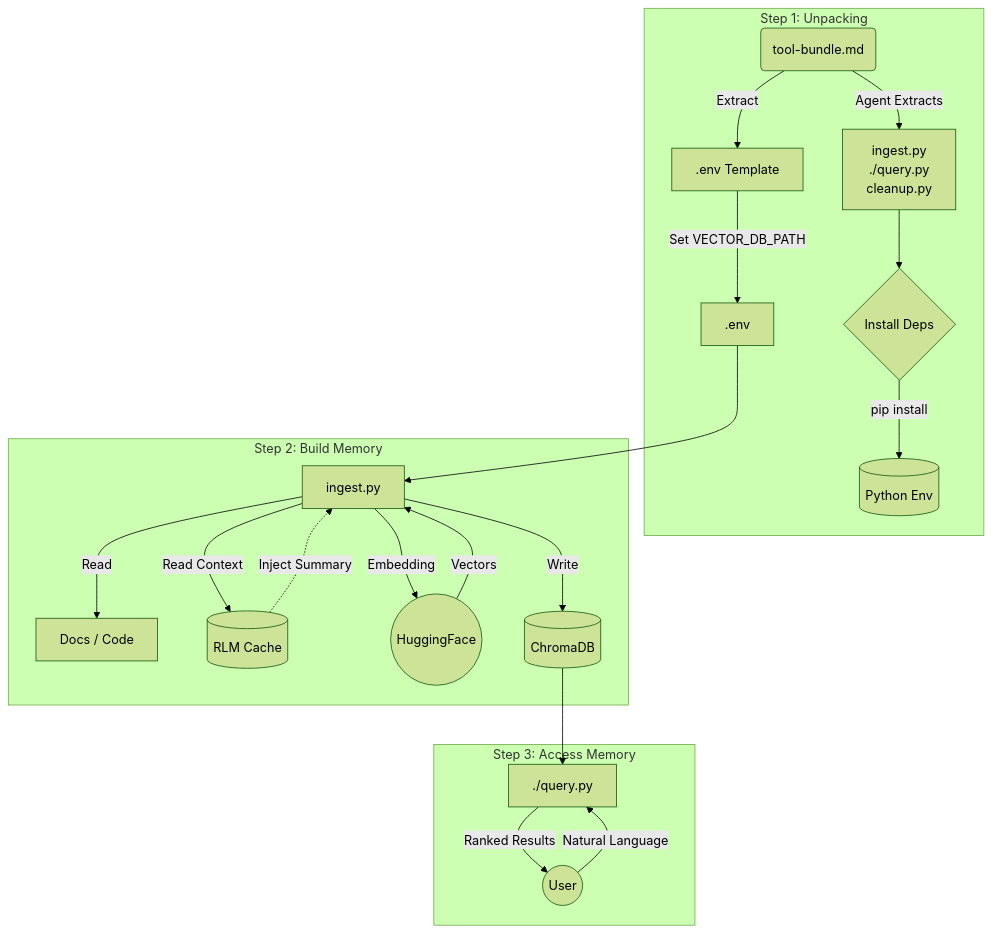
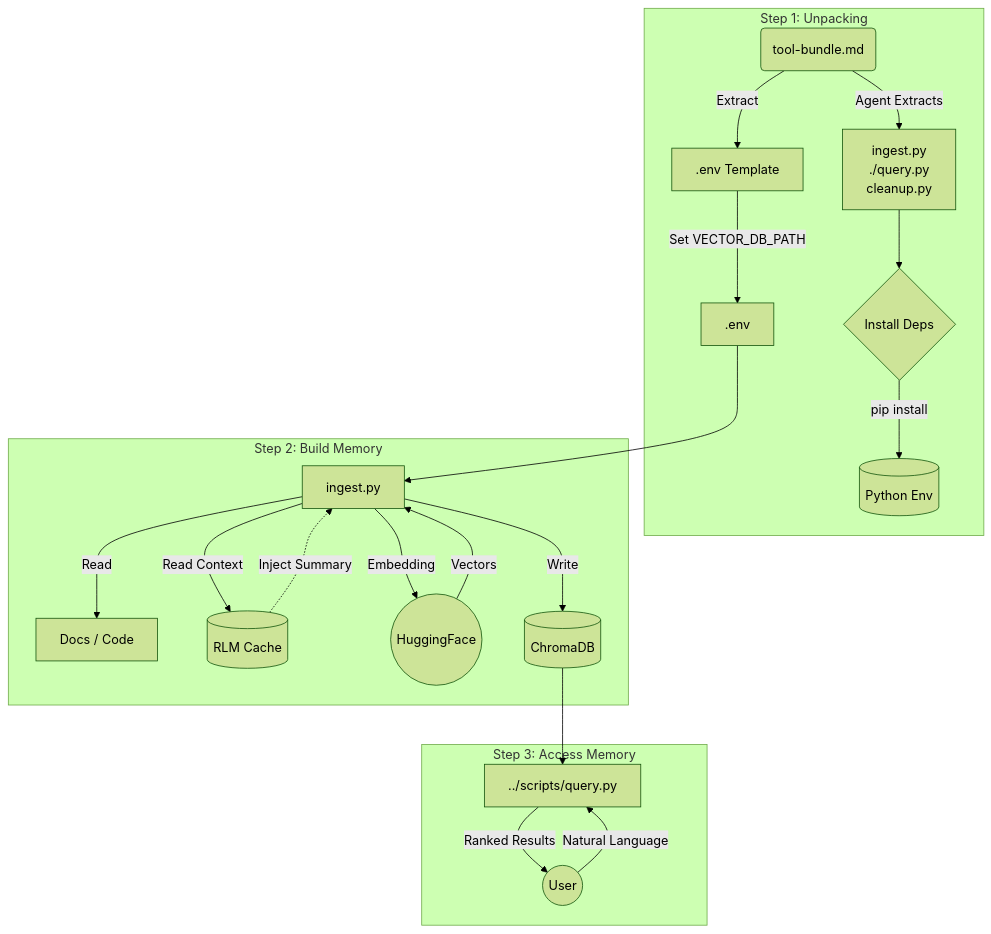
One commit to richfrem/agent-plugins-skills changed the diagram in plugins/vector-db/skills/vector-db-search/references/logic.mmd. Above: the diagram before and after it, drawn with Mermaid (forest theme). The commit also changed 89 other files, not shown here.

```diff
--- a/plugins/vector-db/skills/vector-db-search/references/logic.mmd
+++ b/plugins/vector-db/skills/vector-db-search/references/logic.mmd
@@ -1,25 +1,25 @@
 flowchart TD
     subgraph Initialization [Step 1: Unpacking]
         Bundle(tool-bundle.md) -- Agent Extracts --> Scripts
         Scripts[ingest.py\n./query.py\ncleanup.py]
         Bundle -- Extract --> Config[.env Template]
         Scripts --> Install{Install Deps}
         Install -- "pip install" --> Venv[(Python Env)]
         Config -- "Set VECTOR_DB_PATH" --> Env[.env]
     end
 
     subgraph Ingestion [Step 2: Build Memory]
         Env --> Ingest[ingest.py]
         Ingest -- "Read" --> Markdown[Docs / Code]
         Ingest -- "Read Context" --> RLM[(RLM Cache)]
         RLM -. "Inject Summary" .-> Ingest
         Ingest -- "Embedding" --> HF((HuggingFace))
         HF -- "Vectors" --> Ingest
         Ingest -- "Write" --> Chroma[(ChromaDB)]
     end
 
     subgraph Retrieval [Step 3: Access Memory]
-        Chroma --> Query[./query.py]
+        Chroma --> Query[../scripts/query.py]
         User((User)) -- "Natural Language" --> Query
         Query -- "Ranked Results" --> User
     end
```
